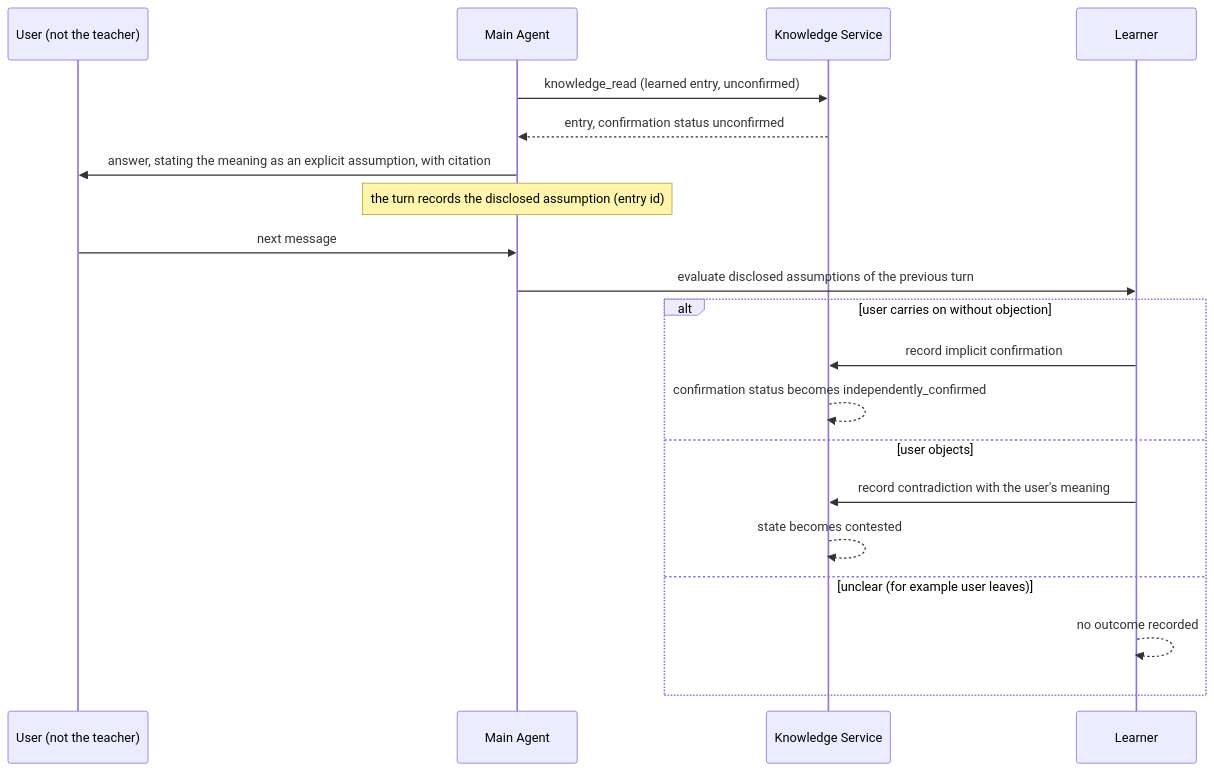
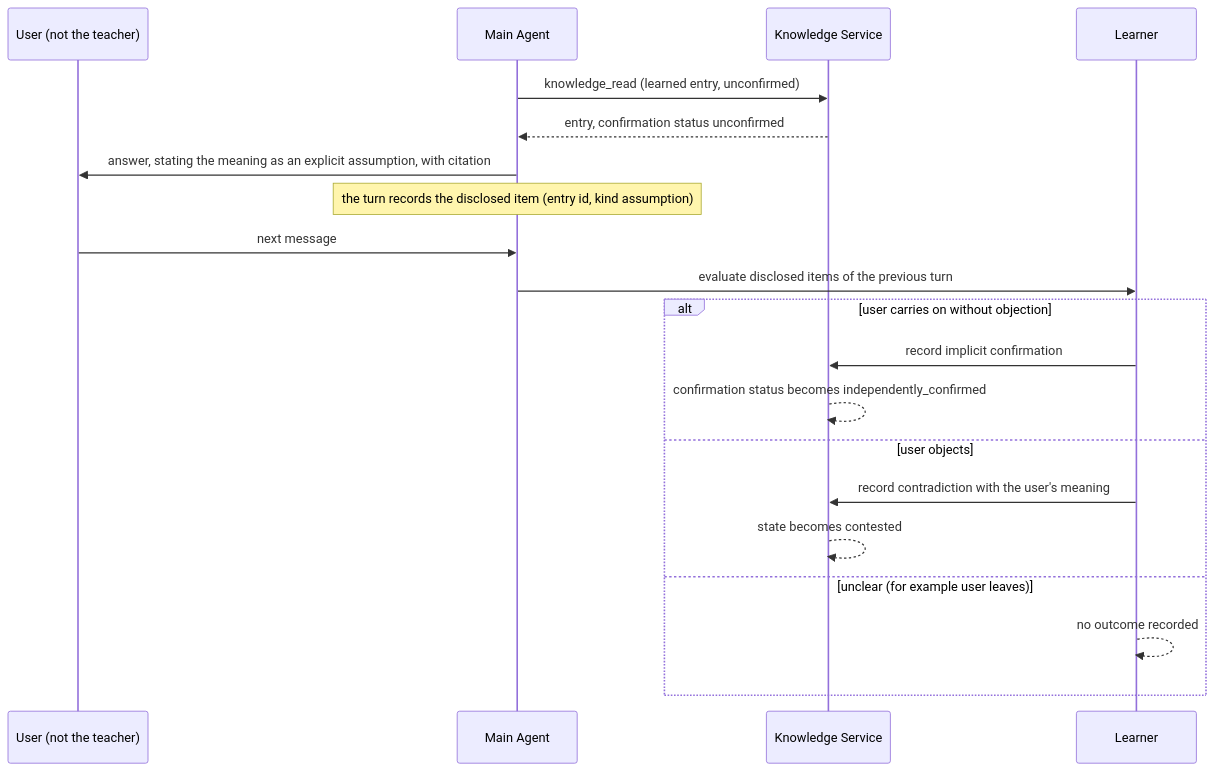
The second of 3 diagrams in docs/specs/knowledge-and-learning.md (omkarbhale/aras-insight), drawn with Mermaid before and after one commit. The commit also changed other lines of this file and 99 other files, not shown here.

````diff
--- a/docs/specs/knowledge-and-learning.md
+++ b/docs/specs/knowledge-and-learning.md
@@ -246,22 +302,22 @@
 ```mermaid
 sequenceDiagram
     participant U as User (not the teacher)
     participant M as Main Agent
     participant K as Knowledge Service
     participant L as Learner
     M->>K: knowledge_read (learned entry, unconfirmed)
     K-->>M: entry, confirmation status unconfirmed
     M->>U: answer, stating the meaning as an explicit assumption, with citation
-    Note over M: the turn records the disclosed assumption (entry id)
+    Note over M: the turn records the disclosed item (entry id, kind assumption)
     U->>M: next message
-    M->>L: evaluate disclosed assumptions of the previous turn
+    M->>L: evaluate disclosed items of the previous turn
     alt user carries on without objection
         L->>K: record implicit confirmation
         K-->>K: confirmation status becomes independently_confirmed
     else user objects
         L->>K: record contradiction with the user's meaning
         K-->>K: state becomes contested
     else unclear (for example user leaves)
         L-->>L: no outcome recorded
     end
 ```
````
